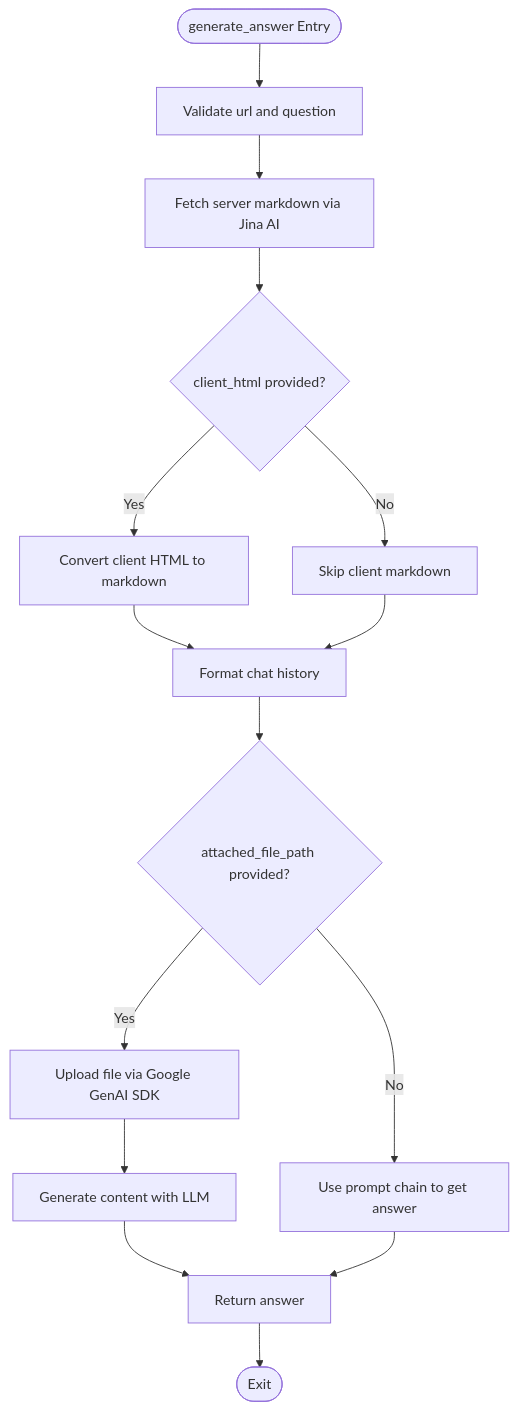
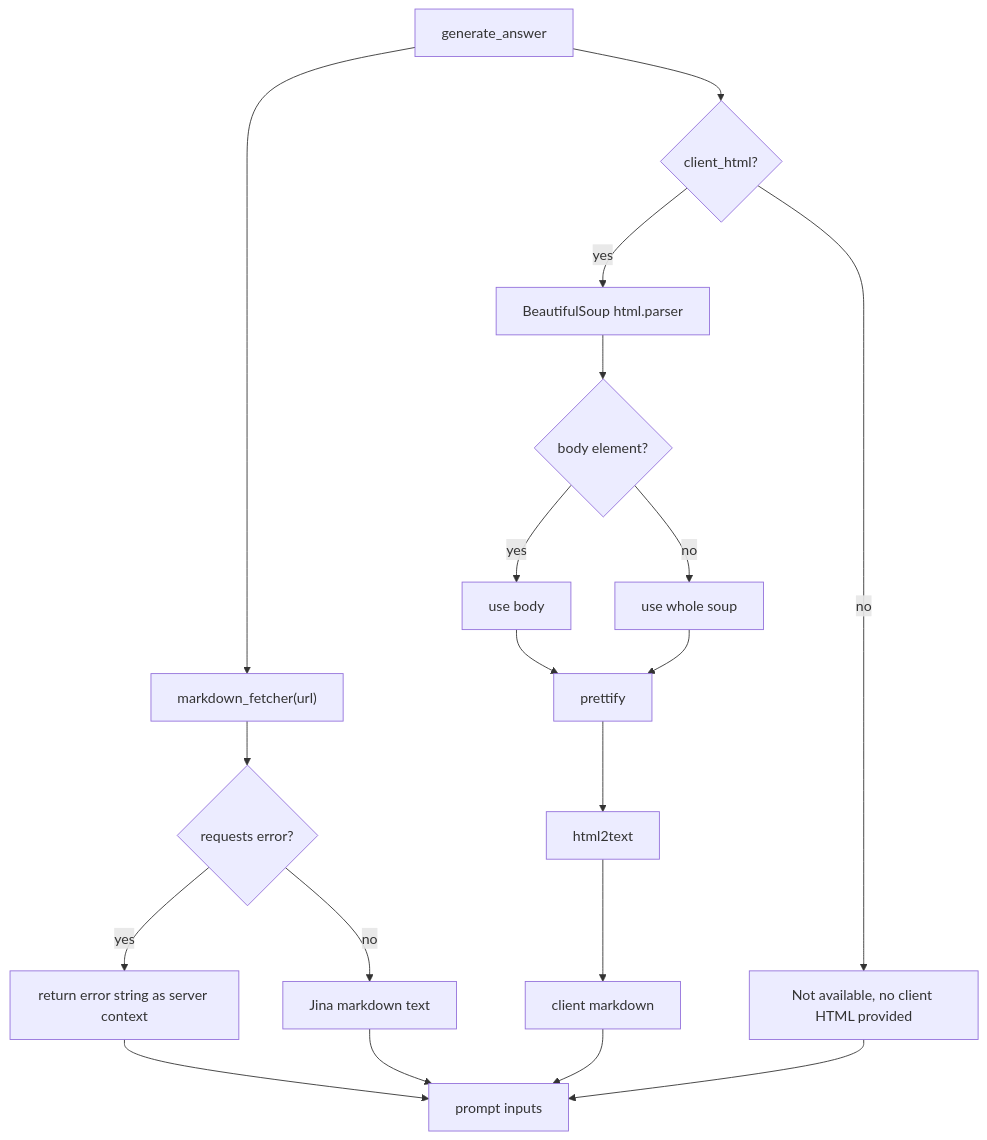
The third of 6 diagrams in src/data/docs/agentic-browser/Service Integrations/Website Analysis Integration.md (tashifkhan/tashif.codes), drawn with Mermaid before and after one commit. The commit also changed other lines of this file and 114 other files, not shown here.

````diff
--- a/src/data/docs/agentic-browser/Service Integrations/Website Analysis Integration.md
+++ b/src/data/docs/agentic-browser/Service Integrations/Website Analysis Integration.md
@@ -120,17 +105,21 @@
 ```mermaid
 flowchart TD
-Start(["generate_answer Entry"]) --> Validate["Validate url and question"]
-Validate --> FetchServer["Fetch server markdown via Jina AI"]
-FetchServer --> ConvertClient{"client_html provided?"}
-ConvertClient --> |Yes| ToMarkdown["Convert client HTML to markdown"]
-ConvertClient --> |No| SkipClient["Skip client markdown"]
-ToMarkdown --> BuildHistory["Format chat history"]
-SkipClient --> BuildHistory
-BuildHistory --> Attached{"attached_file_path provided?"}
-Attached --> |Yes| UploadFile["Upload file via Google GenAI SDK"]
-UploadFile --> GenerateAnswer["Generate content with LLM"]
-Attached --> |No| UseChain["Use prompt chain to get answer"]
-GenerateAnswer --> Return["Return answer"]
-UseChain --> Return
-Return --> End(["Exit"])
+  A["generate_answer"] --> B["markdown_fetcher(url)"]
+  B --> C{"requests error?"}
+  C -- yes --> D["return error string as server context"]
+  C -- no --> E["Jina markdown text"]
+  A --> F{"client_html?"}
+  F -- yes --> G["BeautifulSoup html.parser"]
+  G --> H{"body element?"}
+  H -- yes --> I["use body"]
+  H -- no --> J["use whole soup"]
+  I --> K["prettify"]
+  J --> K
+  K --> L["html2text"]
+  L --> M["client markdown"]
+  F -- no --> N["Not available, no client HTML provided"]
+  D --> O["prompt inputs"]
+  E --> O
+  M --> O
+  N --> O
 ```
````
